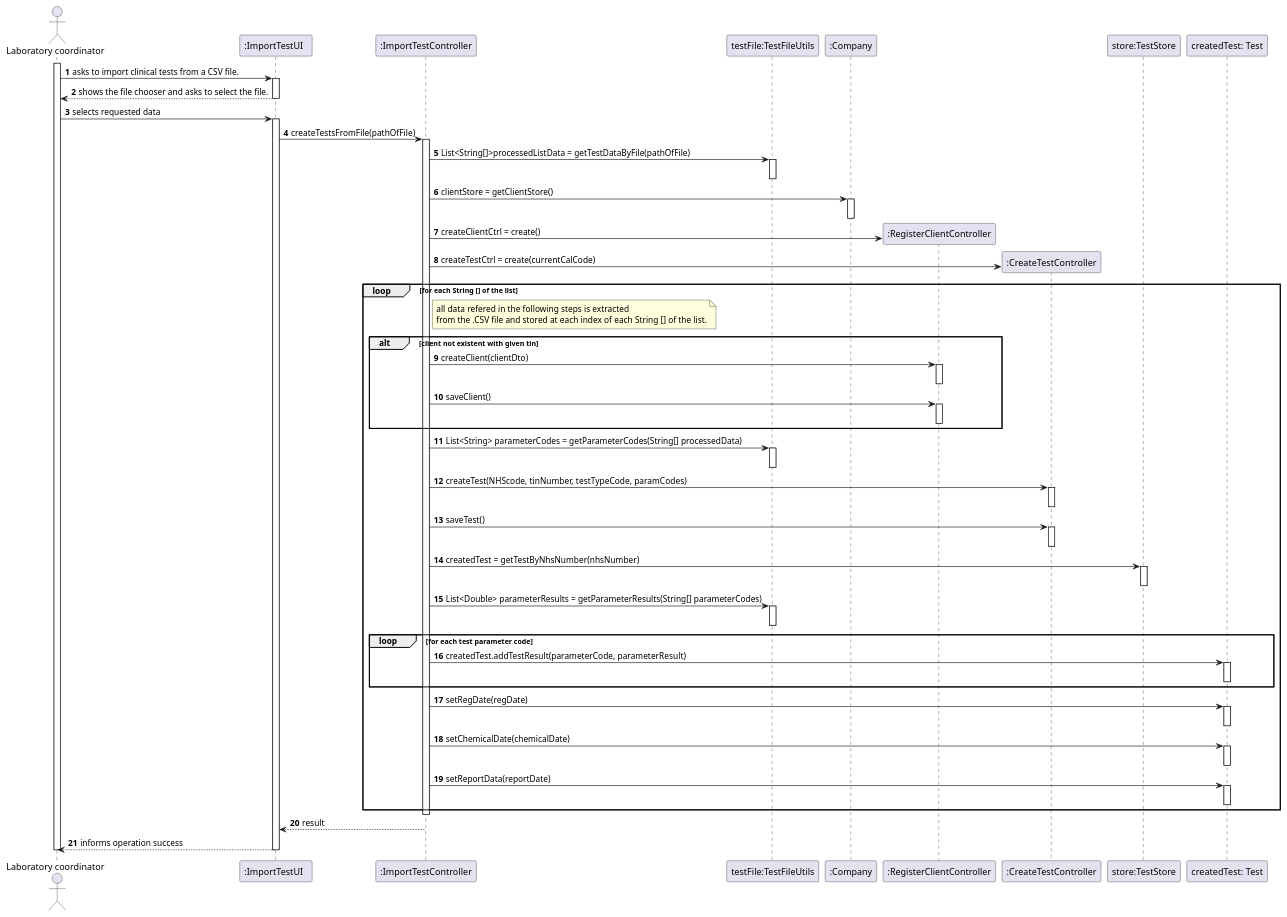
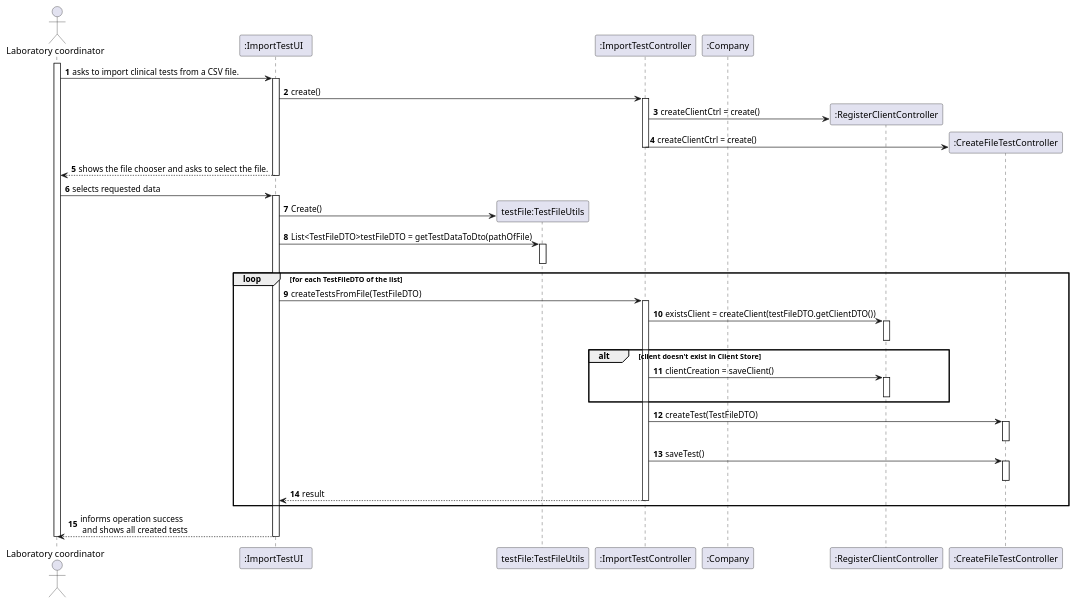
The diagram in docs/SprintD/US_17/US17_SD.puml (ana-albergaria/LAPR2-ISEP), drawn with PlantUML before and after one commit. The commit also changed 9 other files, not shown here.

Commit message:
updating requirements of user story 17 and start fixing its diagrams

```diff
--- a/docs/SprintD/US_17/US17_SD.puml
+++ b/docs/SprintD/US_17/US17_SD.puml
@@ -1,121 +1,73 @@
 @startuml
 autonumber
 'hide footbox
 actor "Laboratory coordinator" as ADM
-
 participant ":ImportTestUI  " as UI
+participant "testFile:TestFileUtils" as TST
 participant ":ImportTestController" as CTRL
-participant "testFile:TestFileUtils" as TST
-participant "List<Test>:" as TST
 participant ":Company" as PLAT
 participant ":RegisterClientController" as CLIENT_CTRL
-participant ":CreateTestController" as ORG
-participant "store:TestStore" as TEST_STORE
-participant "createdTest: Test" as CREATED_TEST
-
+participant ":CreateFileTestController" as ORG
 
 activate ADM
 ADM -> UI : asks to import clinical tests from a CSV file.
 activate UI
 
+UI -> CTRL : create()
+activate CTRL
+CTRL -> CLIENT_CTRL** : createClientCtrl = create()
+CTRL -> ORG** : createClientCtrl = create()
+deactivate CTRL
+
+
+
 
 UI --> ADM : shows the file chooser and asks to select the file.
 deactivate UI
 
-
 ADM -> UI : selects requested data
 activate UI
-UI -> CTRL : createTestsFromFile(pathOfFile)
-activate CTRL
 
-CTRL -> TST : List<String[]>processedListData = getTestDataByFile(pathOfFile)
+UI -> TST** : Create()
+UI -> TST : List<TestFileDTO>testFileDTO = getTestDataToDto(pathOfFile)
 activate TST
 deactivate TST
+loop for each TestFileDTO of the list
+
+UI -> CTRL : createTestsFromFile(TestFileDTO)
+activate CTRL
 
 /'
 CTRL -> TEST_LIST** : create()
 '/
 
 
-CTRL -> PLAT : clientStore = getClientStore()
-activate PLAT
-deactivate PLAT
-
-CTRL -> CLIENT_CTRL** : createClientCtrl = create()
-
-
-CTRL -> ORG** : createTestCtrl = create(currentCalCode)
-
-
-loop for each String [] of the list
-note right of CTRL: all data refered in the following steps is extracted \nfrom the .CSV file and stored at each index of each String [] of the list.
-
-alt client not existent with given tin
-CTRL -> CLIENT_CTRL : createClient(clientDto)
+CTRL -> CLIENT_CTRL : existsClient = createClient(testFileDTO.getClientDTO())
 activate CLIENT_CTRL
 deactivate CLIENT_CTRL
-CTRL -> CLIENT_CTRL : saveClient()
+
+alt client doesn't exist in Client Store
+CTRL -> CLIENT_CTRL : clientCreation = saveClient()
 activate CLIENT_CTRL
 deactivate CLIENT_CTRL
 end
-
-CTRL -> TST : List<String> parameterCodes = getParameterCodes(String[] processedData)
-activate TST
-deactivate TST
-
-CTRL -> ORG : createTest(NHScode, tinNumber, testTypeCode, paramCodes)
+CTRL -> ORG : createTest(TestFileDTO)
 activate ORG
 deactivate ORG
 
 CTRL -> ORG : saveTest()
 activate ORG
 deactivate ORG
 
-CTRL -> TEST_STORE : createdTest = getTestByNhsNumber(nhsNumber)
-activate TEST_STORE
-deactivate TEST_STORE
-
-CTRL -> TST : List<Double> parameterResults = getParameterResults(String[] parameterCodes)
-activate TST
-deactivate TST
-
-loop for each test parameter code
-CTRL -> CREATED_TEST : createdTest.addTestResult(parameterCode, parameterResult)
-activate CREATED_TEST
-deactivate CREATED_TEST
+CTRL --> UI: result
+deactivate CTRL
 end
 
-CTRL -> CREATED_TEST : setRegDate(regDate)
-activate CREATED_TEST
-deactivate CREATED_TEST
-
-CTRL -> CREATED_TEST : setChemicalDate(chemicalDate)
-activate CREATED_TEST
-deactivate CREATED_TEST
-
-CTRL -> CREATED_TEST : setReportData(reportDate)
-activate CREATED_TEST
-deactivate CREATED_TEST
-
-/'CTRL -> TEST_LIST : createdTestsList.add(createdTest)
-activate TEST_LIST
-deactivate TEST_LIST'/
-end
-
-/'CTRL -> TEST_LIST : resultSize = createdTestsList.size()
-activate TEST_LIST
-deactivate TEST_LIST'/
-
-
-deactivate CTRL
-
-CTRL --> UI: result
-
-UI --> ADM : informs operation success
+UI --> ADM : informs operation success\n and shows all created tests
 deactivate ORG
 deactivate CTRL
 deactivate UI
 
 deactivate ADM
 
 @enduml
```
